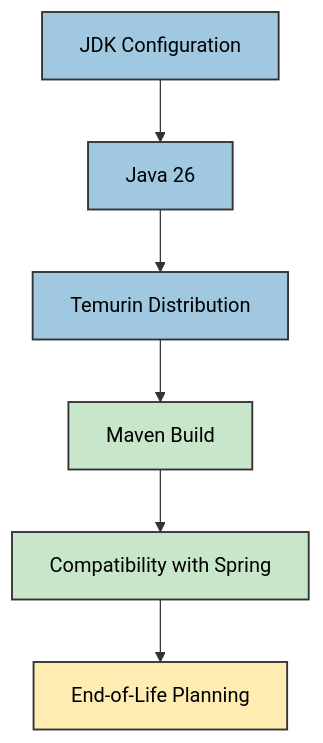
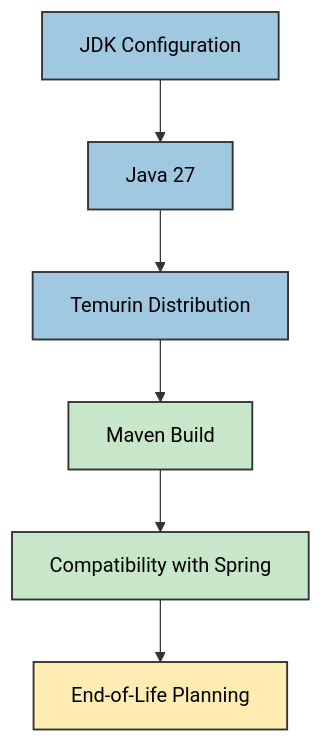
Before and after one commit to Hack23/cia: the sixth of 8 diagrams in WORKFLOWS.md, drawn with Mermaid. The commit also changed other lines of this file and 10 other files, not shown here.

````diff
--- a/WORKFLOWS.md
+++ b/WORKFLOWS.md
@@ -825,17 +826,17 @@
 ```mermaid
 graph TD
-    A[JDK Configuration] --> B[Java 26]
+    A[JDK Configuration] --> B[Java 27]
     B --> C[Temurin Distribution]
     C --> D[Maven Build]
     D --> E[Compatibility with Spring]
     E --> F[End-of-Life Planning]
 
     %% Enhanced styling
     classDef jdk fill:#a0c8e0,stroke:#333,stroke-width:1.5px,color:black
     classDef build fill:#c8e6c9,stroke:#333,stroke-width:1.5px,color:black
     classDef planning fill:#ffecb3,stroke:#333,stroke-width:1.5px,color:black
 
     class A,B,C jdk
     class D,E build
     class F planning
 ```
````
